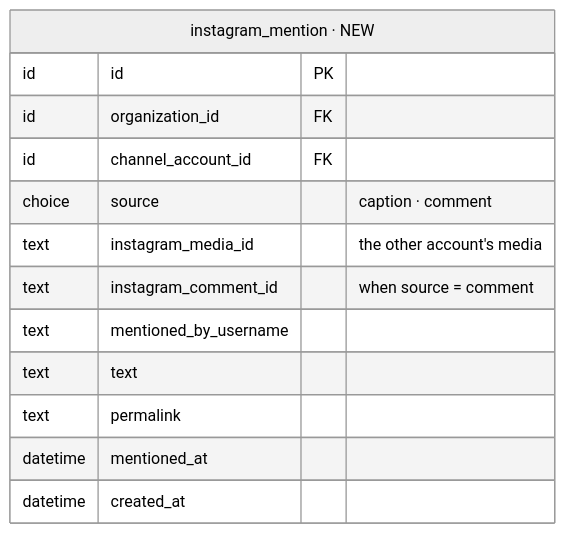
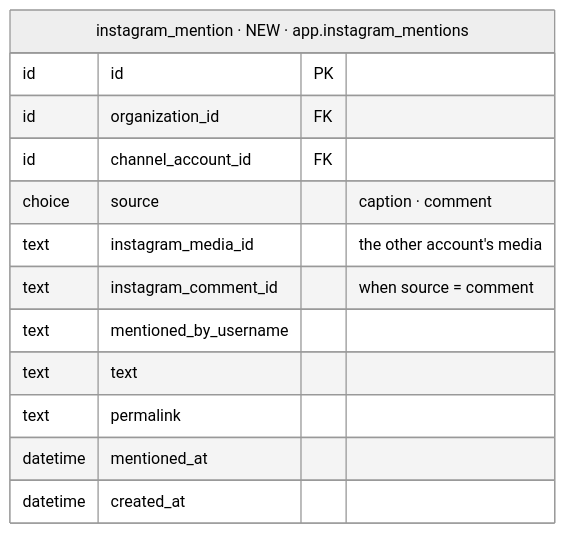
Before and after one commit to albetrios/meepzo-be: the third of 3 diagrams in iterations/feat-instagram-engage-2026-11-26-suzw/plans/db-changes.md, drawn with Mermaid (neutral theme). The commit also changed other lines of this file and 1 other file, not shown here.

First line of the commit message:
docs(iterations): plan feat-instagram-engage — step 4 answers

````diff
--- a/iterations/feat-instagram-engage-2026-11-26-suzw/plans/db-changes.md
+++ b/iterations/feat-instagram-engage-2026-11-26-suzw/plans/db-changes.md
@@ -67,16 +67,16 @@
 ```mermaid
 erDiagram
-  instagram_mention["instagram_mention · NEW"] {
+  instagram_mention["instagram_mention · NEW · app.instagram_mentions"] {
     id id PK
     id organization_id FK
     id channel_account_id FK
     choice source "caption · comment"
     text instagram_media_id "the other account's media"
     text instagram_comment_id "when source = comment"
     text mentioned_by_username
     text text
     text permalink
     datetime mentioned_at
     datetime created_at
   }
 ```
````
